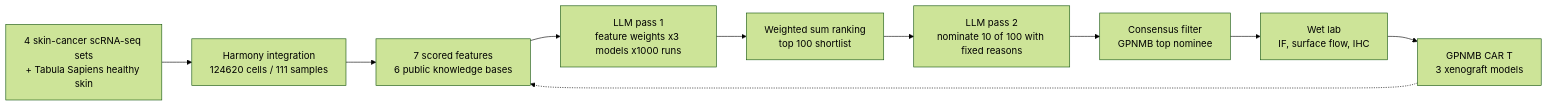
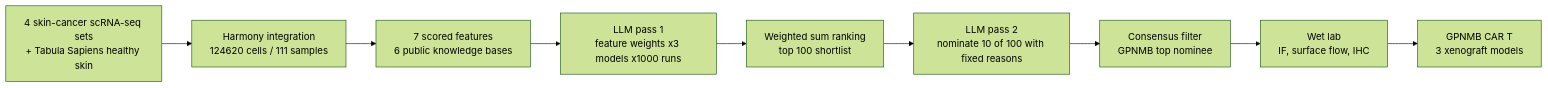
Before and after one commit to jasonjin34/Medical_reading_material: the diagram in docs/papers/gpnmb-cart-cell-2026/index.md, drawn with Mermaid (forest theme). The commit also changed other lines of this file and 525 other files, not shown here.

````diff
--- a/docs/papers/gpnmb-cart-cell-2026/index.md
+++ b/docs/papers/gpnmb-cart-cell-2026/index.md
@@ -42,12 +42,11 @@
 ```mermaid
 flowchart LR
   A["4 skin-cancer scRNA-seq sets<br/>+ Tabula Sapiens healthy skin"] --> B["Harmony integration<br/>124620 cells / 111 samples"]
   B --> C["7 scored features<br/>6 public knowledge bases"]
   C --> D["LLM pass 1<br/>feature weights x3 models x1000 runs"]
   D --> E["Weighted sum ranking<br/>top 100 shortlist"]
   E --> F["LLM pass 2<br/>nominate 10 of 100 with fixed reasons"]
   F --> G["Consensus filter<br/>GPNMB top nominee"]
   G --> H["Wet lab<br/>IF, surface flow, IHC"]
   H --> I["GPNMB CAR T<br/>3 xenograft models"]
-  I -.-> C
 ```
````
